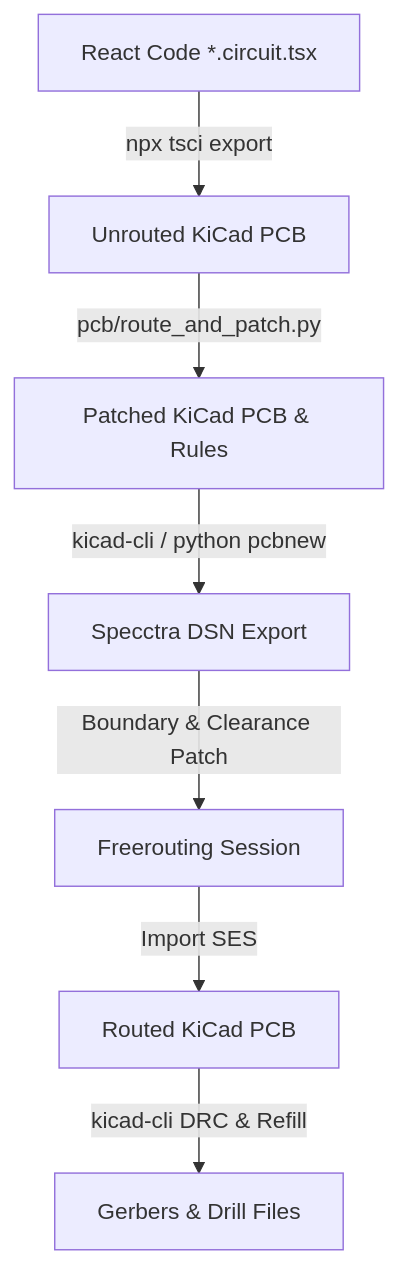
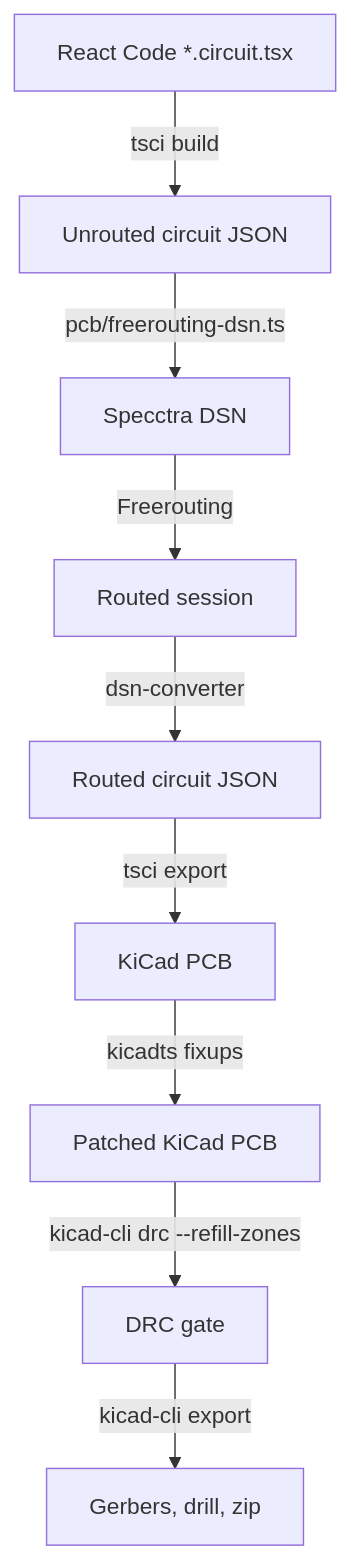
Before and after one commit to jbsohn/lokey-7800-ym2149: the diagram in docs/PCB.md, drawn with Mermaid. The commit also changed other lines of this file and 15 other files, not shown here.

Commit message:
move to bun, refactor TypeScript and DevContainer/GitHub actions flow

````diff
--- a/docs/PCB.md
+++ b/docs/PCB.md
@@ -19,9 +21,11 @@
 ```mermaid
 graph TD
-    A[React Code *.circuit.tsx] -->|npx tsci export| B[Unrouted KiCad PCB]
-    B -->|pcb/route_and_patch.py| C[Patched KiCad PCB & Rules]
-    C -->|kicad-cli / python pcbnew| D[Specctra DSN Export]
-    D -->|Boundary & Clearance Patch| E[Freerouting Session]
-    E -->|Import SES| F[Routed KiCad PCB]
-    F -->|kicad-cli DRC & Refill| G[Gerbers & Drill Files]
+    A[React Code *.circuit.tsx] -->|tsci build| B[Unrouted circuit JSON]
+    B -->|pcb/freerouting-dsn.ts| C[Specctra DSN]
+    C -->|Freerouting| D[Routed session]
+    D -->|dsn-converter| E[Routed circuit JSON]
+    E -->|tsci export| F[KiCad PCB]
+    F -->|kicadts fixups| G[Patched KiCad PCB]
+    G -->|kicad-cli drc --refill-zones| H[DRC gate]
+    H -->|kicad-cli export| I[Gerbers, drill, zip]
 ```
````
